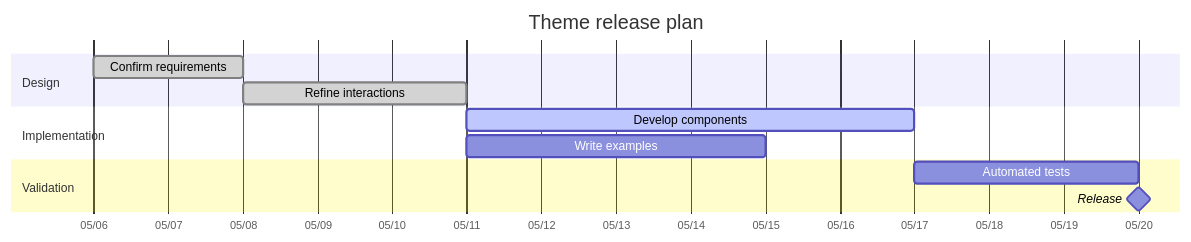
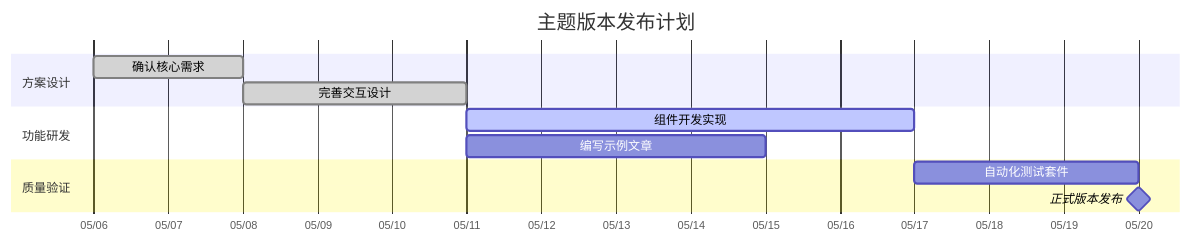
One commit to Dawn6666666/Shirone changed the eighth of 14 diagrams in src/content/posts/markdown-mermaid.md. Above: the diagram before and after it, drawn with Mermaid. The commit also changed other lines of this file and 28 other files, not shown here.

````diff
--- a/src/content/posts/markdown-mermaid.md
+++ b/src/content/posts/markdown-mermaid.md
@@ -169,17 +169,17 @@
 ```mermaid
 gantt
-    accTitle: Theme release plan
-    accDescr: The release plan moves from requirements and interaction design through component development, testing, and release.
-    title Theme release plan
+    accTitle: 主题版本发布计划
+    accDescr: 发布计划从需求评审与交互设计推进至组件开发、系统测试与最终发布。
+    title 主题版本发布计划
     dateFormat YYYY-MM-DD
     axisFormat %m/%d
-    section Design
-    Confirm requirements :done, brief, 2024-05-06, 2d
-    Refine interactions :done, interaction, after brief, 3d
-    section Implementation
-    Develop components :active, components, after interaction, 6d
-    Write examples :examples, after interaction, 4d
-    section Validation
-    Automated tests :tests, after components, 3d
-    Release :milestone, release, after tests, 0d
+    section 方案设计
+    确认核心需求 :done, brief, 2024-05-06, 2d
+    完善交互设计 :done, interaction, after brief, 3d
+    section 功能研发
+    组件开发实现 :active, components, after interaction, 6d
+    编写示例文章 :examples, after interaction, 4d
+    section 质量验证
+    自动化测试套件 :tests, after components, 3d
+    正式版本发布 :milestone, release, after tests, 0d
 ```
````
